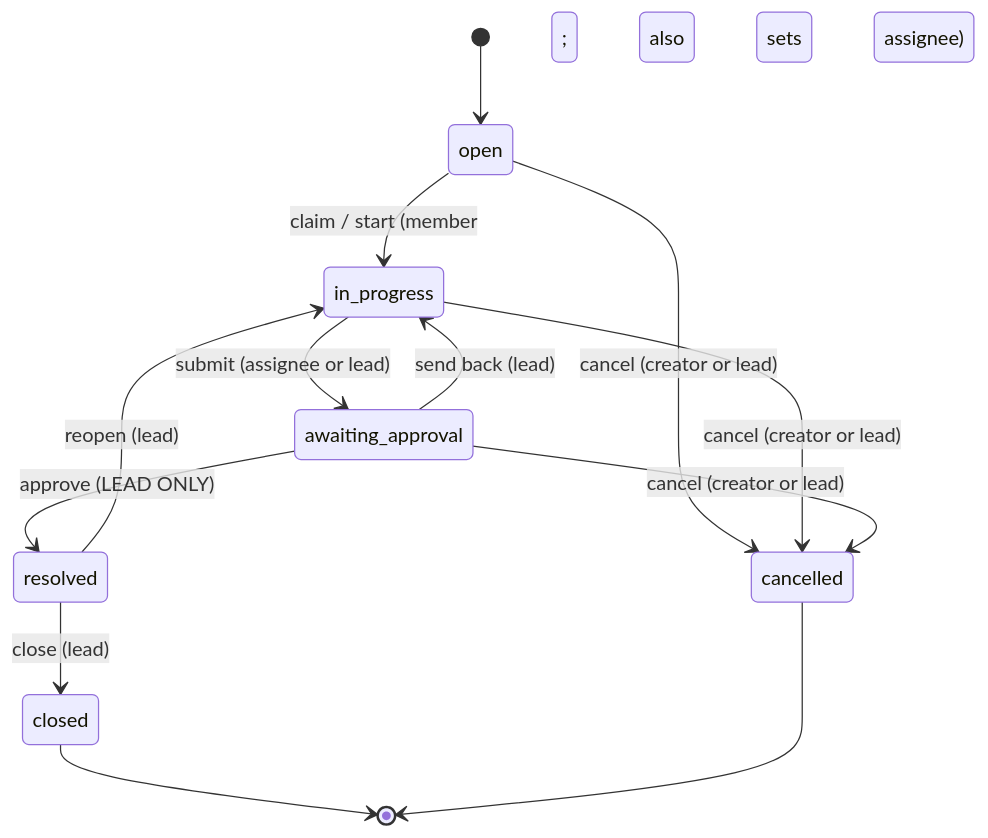
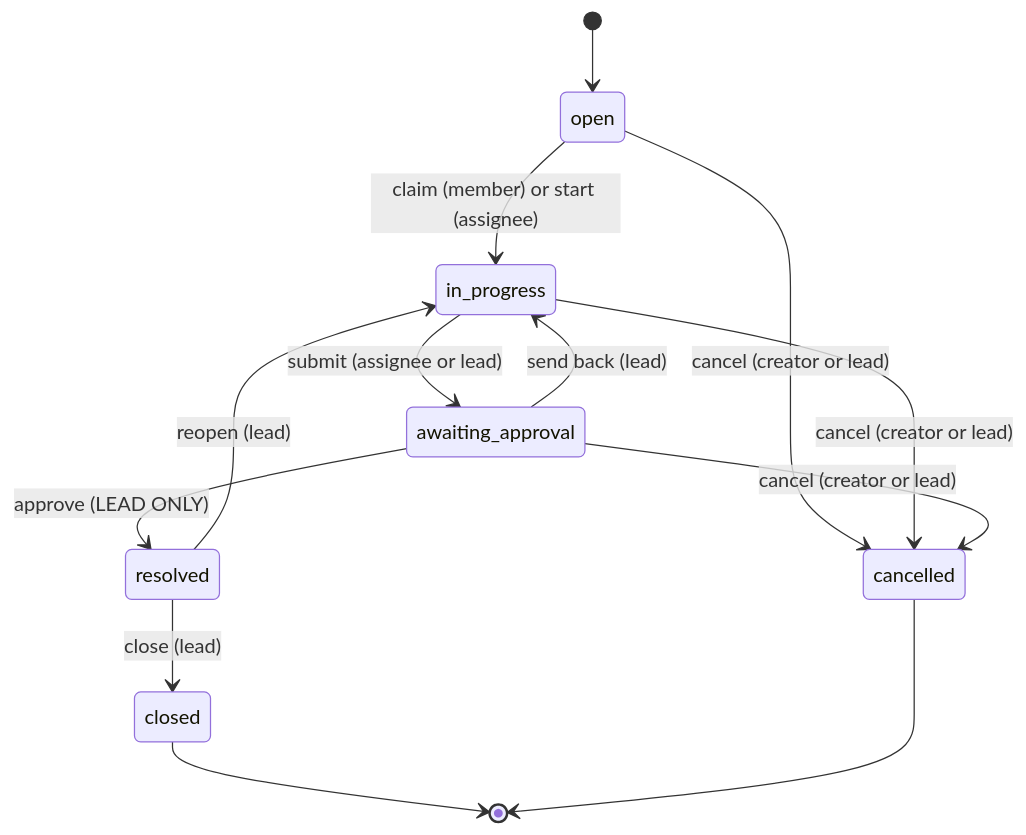
The ninth of 9 diagrams in docs/architecture.md (tabishraza302/newtoninte-ops), drawn with Mermaid before and after one commit. The commit also changed other lines of this file and 1 other file, not shown here.

First line of the commit message:
docs: verification pass — fix authed-redemption email check + diagram drift

````diff
--- a/docs/architecture.md
+++ b/docs/architecture.md
@@ -356,15 +356,15 @@
 ```mermaid
 stateDiagram-v2
   [*] --> open
-  open --> in_progress : claim / start (member; also sets assignee)
+  open --> in_progress : claim (member) or start (assignee)
   open --> cancelled : cancel (creator or lead)
   in_progress --> awaiting_approval : submit (assignee or lead)
   in_progress --> cancelled : cancel (creator or lead)
   awaiting_approval --> resolved : approve (LEAD ONLY)
   awaiting_approval --> in_progress : send back (lead)
   awaiting_approval --> cancelled : cancel (creator or lead)
   resolved --> closed : close (lead)
   resolved --> in_progress : reopen (lead)
   closed --> [*]
   cancelled --> [*]
 ```
````
